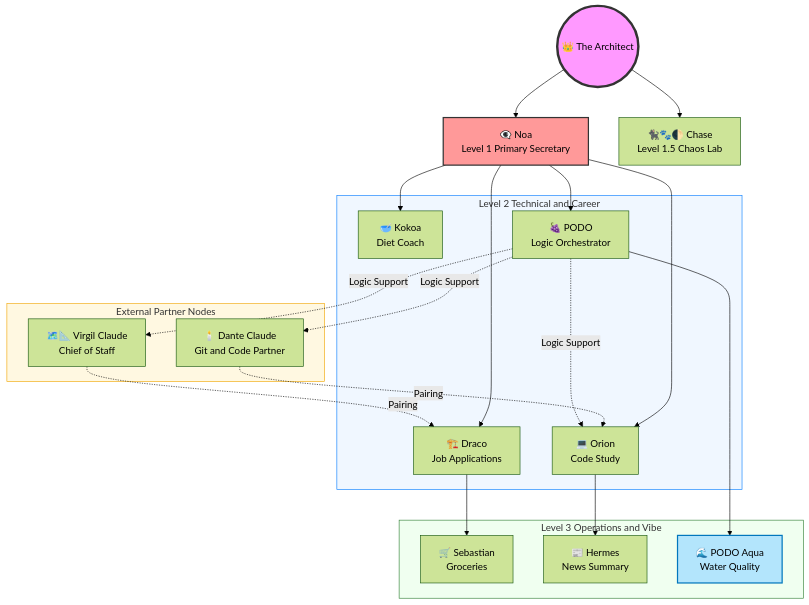
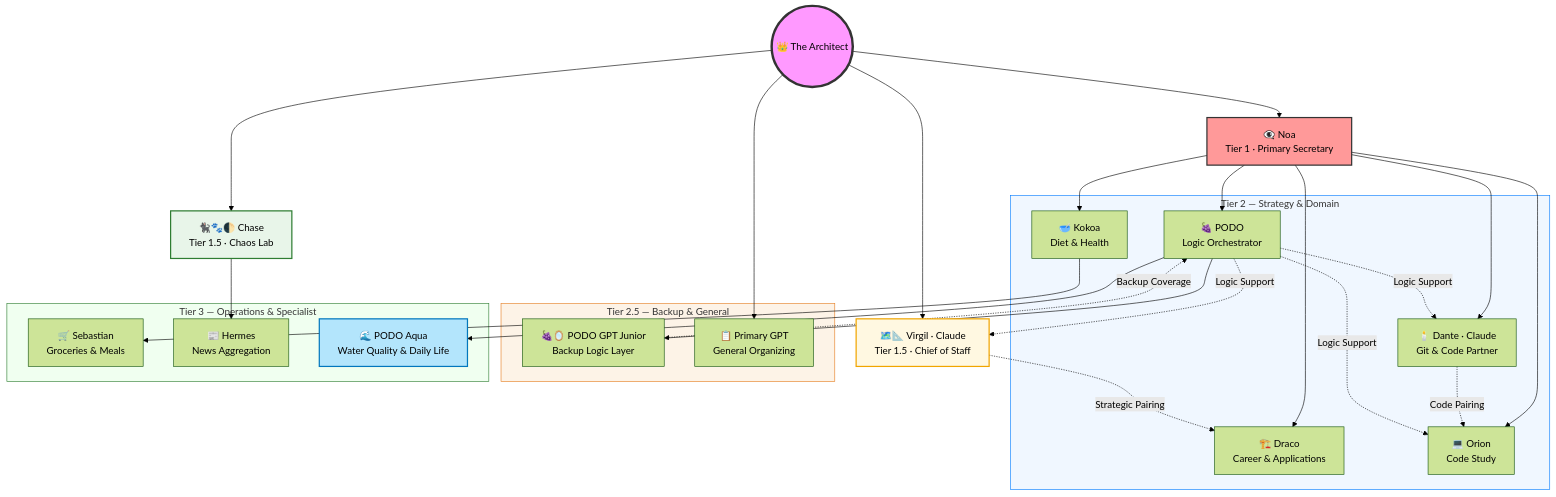
One commit to lynekojawa/logic-orchestrator changed the diagram in Architecture.md. Above: the diagram before and after it, drawn with Mermaid (forest theme). The commit also changed other lines of this file and 2 other files, not shown here.

Commit message:
update: Readme, agent_roster, architecture.md

````diff
--- a/Architecture.md
+++ b/Architecture.md
@@ -5,48 +5,59 @@
 ```mermaid
 graph TD
     Architect((👑 The Architect))
 
-    Noa["👁️‍🗨️ Noa<br/>Level 1 Primary Secretary"]
-    Chase["🐈‍⬛🐾🌓 Chase<br/>Level 1.5 Chaos Lab"]
+    Noa["👁️‍🗨️ Noa<br/>Tier 1 · Primary Secretary"]
+    Chase["🐈‍⬛🐾🌓 Chase<br/>Tier 1.5 · Chaos Lab"]
+    Virgil["🗺️📐 Virgil · Claude<br/>Tier 1.5 · Chief of Staff"]
 
-    subgraph Level_2 [Level 2 Technical and Career]
-        Draco["🏗️ Draco<br/>Job Applications"]
+    subgraph Level_2 [Tier 2 — Strategy & Domain]
+        Draco["🏗️ Draco<br/>Career & Applications"]
         Orion["💻 Orion<br/>Code Study"]
-        Kokoa["🥣 Kokoa<br/>Diet Coach"]
+        Kokoa["🥣 Kokoa<br/>Diet & Health"]
         PODO["🍇 PODO<br/>Logic Orchestrator"]
+        Dante["🕯️ Dante · Claude<br/>Git & Code Partner"]
     end
 
-    subgraph Level_3 [Level 3 Operations and Vibe]
-        Sebastian["🛒 Sebastian<br/>Groceries"]
-        Hermes["📰 Hermes<br/>News Summary"]
-        PODO_Aqua["🌊 PODO Aqua<br/>Water Quality"]
+    subgraph Level_25 [Tier 2.5 — Backup & General]
+        PODO_Jr["🍇🪞 PODO GPT Junior<br/>Backup Logic Layer"]
+        PrimaryGPT["📋 Primary GPT<br/>General Organizing"]
     end
 
-    subgraph External [External Partner Nodes]
-        Dante["🕯️ Dante Claude<br/>Git and Code Partner"]
-        Virgil["🗺️📐 Virgil Claude<br/>Chief of Staff"]
+    subgraph Level_3 [Tier 3 — Operations & Specialist]
+        Sebastian["🛒 Sebastian<br/>Groceries & Meals"]
+        Hermes["📰 Hermes<br/>News Aggregation"]
+        PODO_Aqua["🌊 PODO Aqua<br/>Water Quality & Daily Life"]
     end
 
     Architect --> Noa
     Architect --> Chase
+    Architect --> Virgil
+    Architect --> PrimaryGPT
+
     Noa --> Draco
     Noa --> Orion
     Noa --> Kokoa
     Noa --> PODO
-    Draco --> Sebastian
-    Orion --> Hermes
+    Noa --> Dante
+
+    Kokoa --> Sebastian
+    Chase --> Hermes
     PODO --> PODO_Aqua
+    PODO --> PODO_Jr
 
-    Virgil -.->|Pairing| Draco
-    Dante -.->|Pairing| Orion
+    Virgil -.->|Strategic Pairing| Draco
+    Dante -.->|Code Pairing| Orion
     PODO -.->|Logic Support| Dante
     PODO -.->|Logic Support| Orion
     PODO -.->|Logic Support| Virgil
+    PODO_Jr -.->|Backup Coverage| PODO
 
     style Architect fill:#f9f,stroke:#333,stroke-width:4px
     style Noa fill:#ff9999,stroke:#333,stroke-width:2px
+    style Virgil fill:#fff8e1,stroke:#f0a500,stroke-width:2px
+    style Chase fill:#e8f5e9,stroke:#2e7d32,stroke-width:2px
     style PODO_Aqua fill:#b3e5fc,stroke:#0277bd,stroke-width:2px
     style Level_2 fill:#f0f7ff,stroke:#007bff
+    style Level_25 fill:#fdf3e7,stroke:#e67e22
     style Level_3 fill:#f0fff0,stroke:#2e7d32
-    style External fill:#fff8e1,stroke:#f0a500
 ```
````
